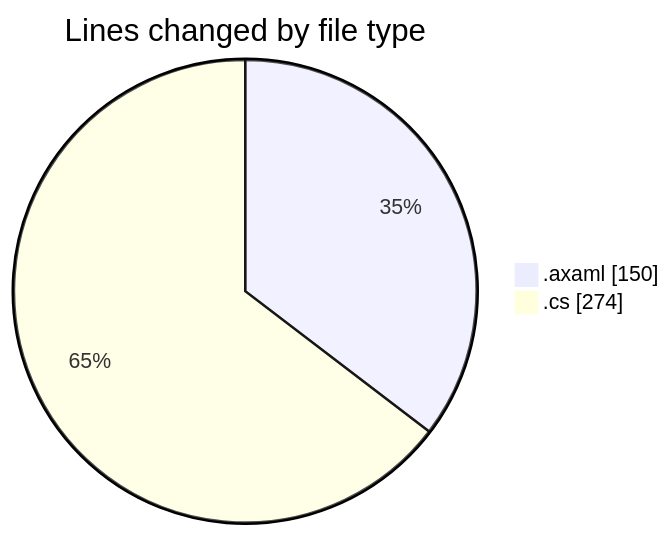
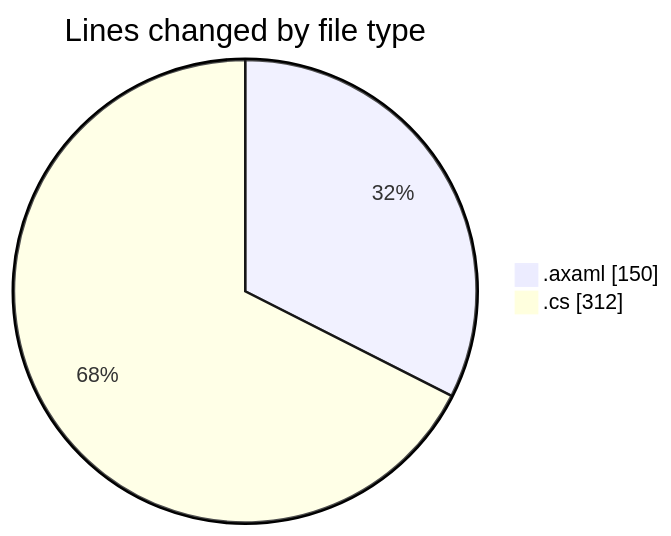
The first of 2 diagrams in 2025-11-01/skintrack/README.md (Netris89/code-tracking), drawn with Mermaid before and after one commit. The commit also changed other lines of this file and 1 other file, not shown here.

````diff
--- a/2025-11-01/skintrack/README.md
+++ b/2025-11-01/skintrack/README.md
@@ -24,6 +24,6 @@
 ```mermaid
 pie showData
 title Lines changed by file type
 ".axaml" : 150
-".cs" : 274
+".cs" : 312
 ```
````
